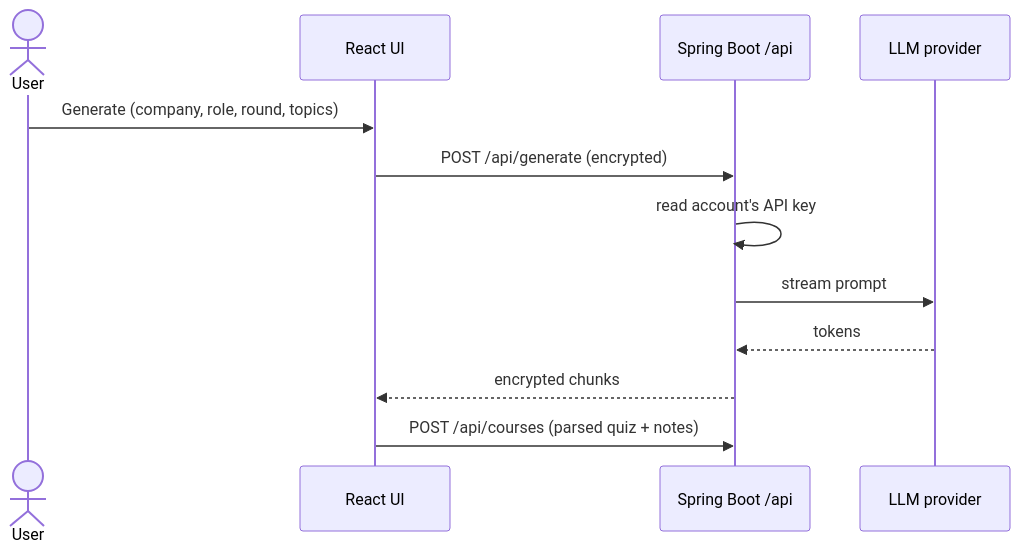
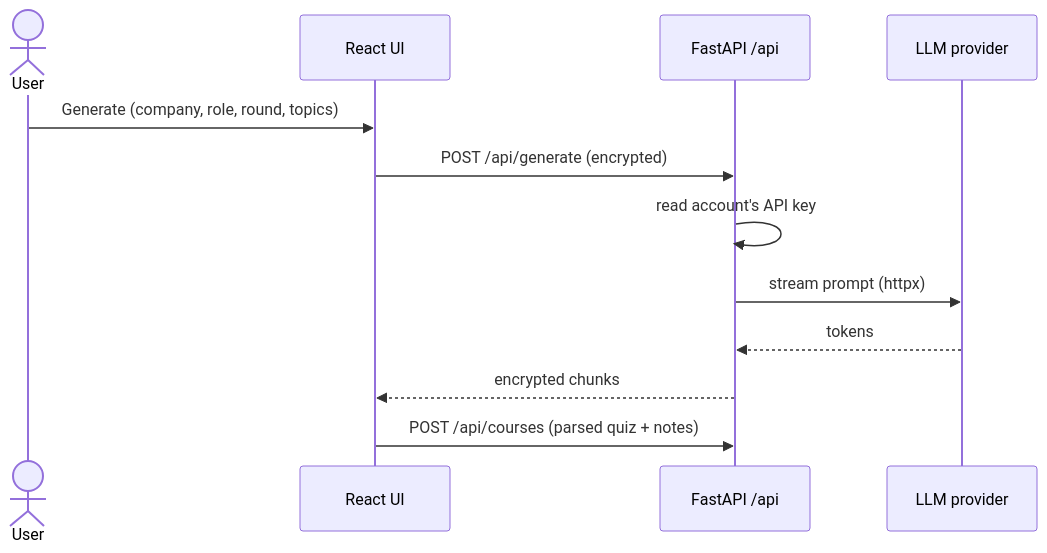
Before and after one commit to rishabh750/quiz: the fourth of 5 diagrams in docs/ARCHITECTURE.md, drawn with Mermaid. The commit also changed other lines of this file and 64 other files, not shown here.

````diff
--- a/docs/ARCHITECTURE.md
+++ b/docs/ARCHITECTURE.md
@@ -89,14 +91,14 @@
 ```mermaid
 sequenceDiagram
   actor U as User
   participant UI as React UI
-  participant API as Spring Boot /api
+  participant API as FastAPI /api
   participant P as LLM provider
   U->>UI: Generate (company, role, round, topics)
   UI->>API: POST /api/generate (encrypted)
   API->>API: read account's API key
-  API->>P: stream prompt
+  API->>P: stream prompt (httpx)
   P-->>API: tokens
   API-->>UI: encrypted chunks
   UI->>API: POST /api/courses (parsed quiz + notes)
 ```
````
